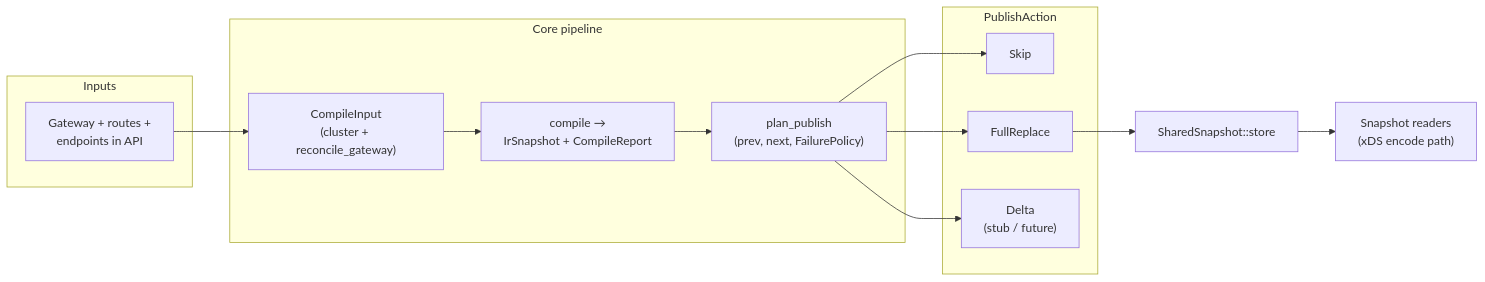
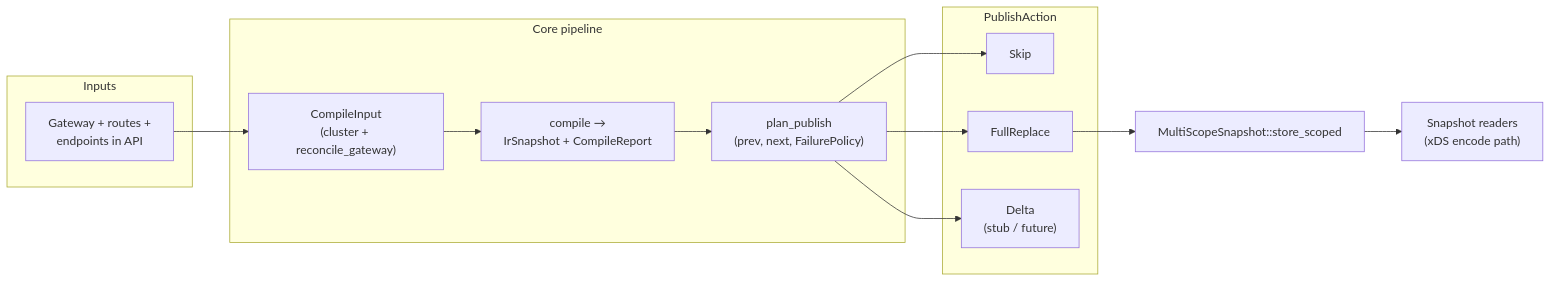
The sixth of 6 diagrams in docs/architecture.md (aslakknutsen/ugwc), drawn with Mermaid before and after one commit. The commit also changed other lines of this file and 18 other files, not shown here.

````diff
--- a/docs/architecture.md
+++ b/docs/architecture.md
@@ -175,30 +177,30 @@
 ```mermaid
 flowchart LR
     subgraph input["Inputs"]
         GW["Gateway + routes +\nendpoints in API"]
     end
 
     subgraph pipeline["Core pipeline"]
         CI["CompileInput\n(cluster + reconcile_gateway)"]
         C["compile →\nIrSnapshot + CompileReport"]
         PP["plan_publish\n(prev, next, FailurePolicy)"]
     end
 
     subgraph actions["PublishAction"]
         Skip["Skip"]
         Full["FullReplace"]
         Delta["Delta\n(stub / future)"]
     end
 
-    Store["SharedSnapshot::store"]
+    Store["MultiScopeSnapshot::store_scoped"]
     Read["Snapshot readers\n(xDS encode path)"]
 
     GW --> CI
     CI --> C
     C --> PP
     PP --> Skip
     PP --> Full
     PP --> Delta
     Full --> Store
     Store --> Read
 ```
````
